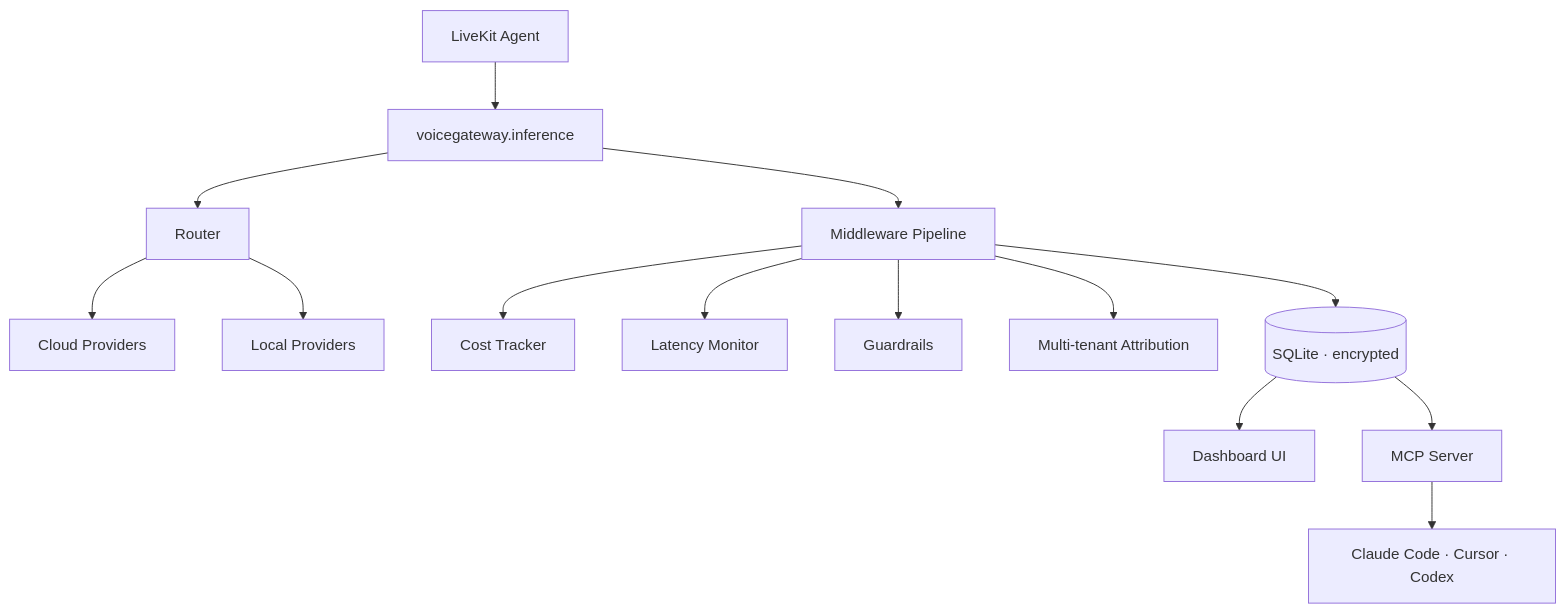
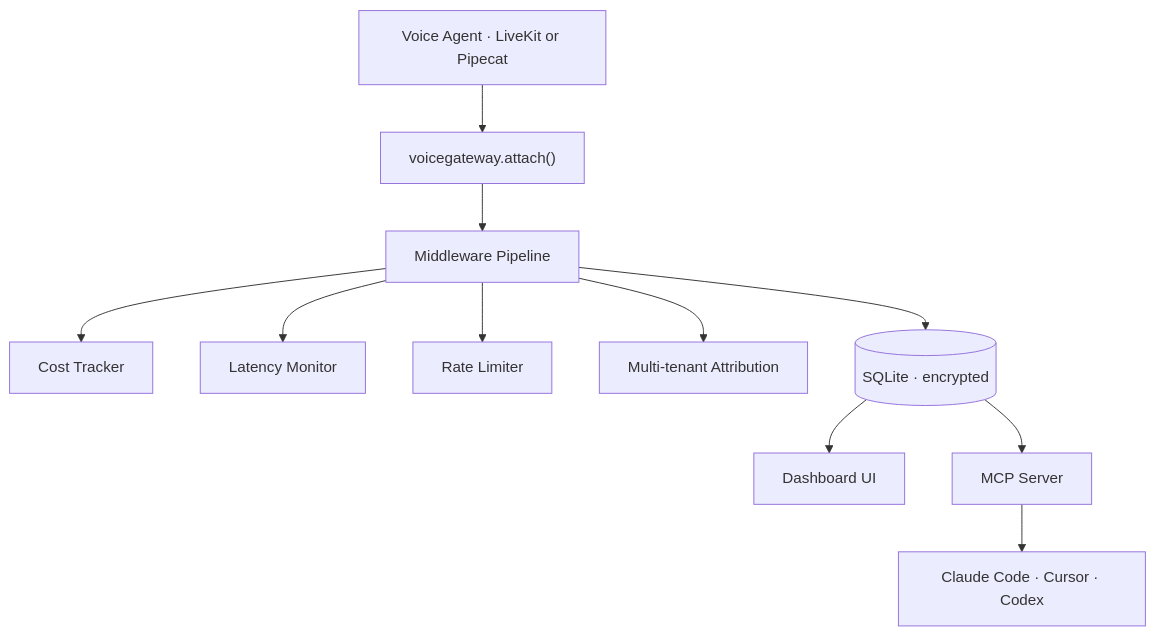
One commit to mahimailabs/voicegateway changed the diagram in README.md. Above: the diagram before and after it, drawn with Mermaid. The commit also changed other lines of this file, not shown here.

First line of the commit message:
docs(readme): reframe around the voice-agent profiler hook, drop removed inference API (#129)

````diff
--- a/README.md
+++ b/README.md
@@ -129,16 +151,13 @@
 ```mermaid
 flowchart TB
-    A[LiveKit Agent] --> B[voicegateway.inference]
-    B --> C[Router]
-    C --> D[Cloud Providers]
-    C --> E[Local Providers]
+    A[Voice Agent · LiveKit or Pipecat] --> B["voicegateway.attach()"]
     B --> F[Middleware Pipeline]
     F --> F1[Cost Tracker]
     F --> F2[Latency Monitor]
-    F --> F3[Guardrails]
+    F --> F3[Rate Limiter]
     F --> F4[Multi-tenant Attribution]
     F --> G[(SQLite · encrypted)]
     G --> H[Dashboard UI]
     G --> I[MCP Server]
     I --> J[Claude Code · Cursor · Codex]
 ```
````
